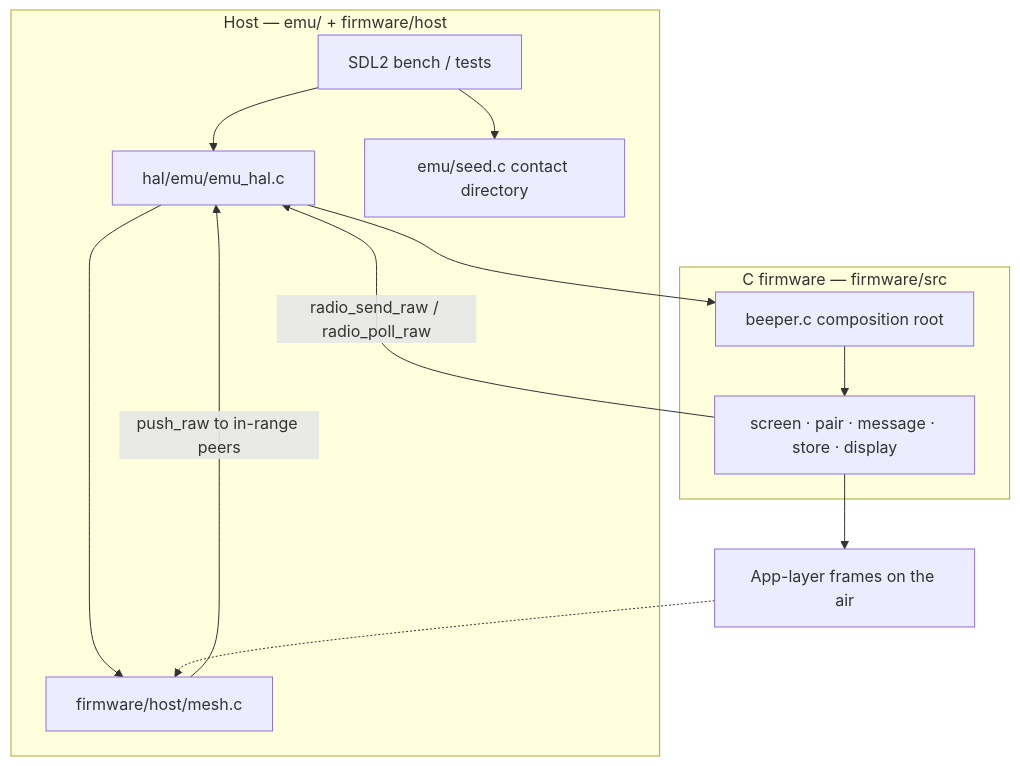
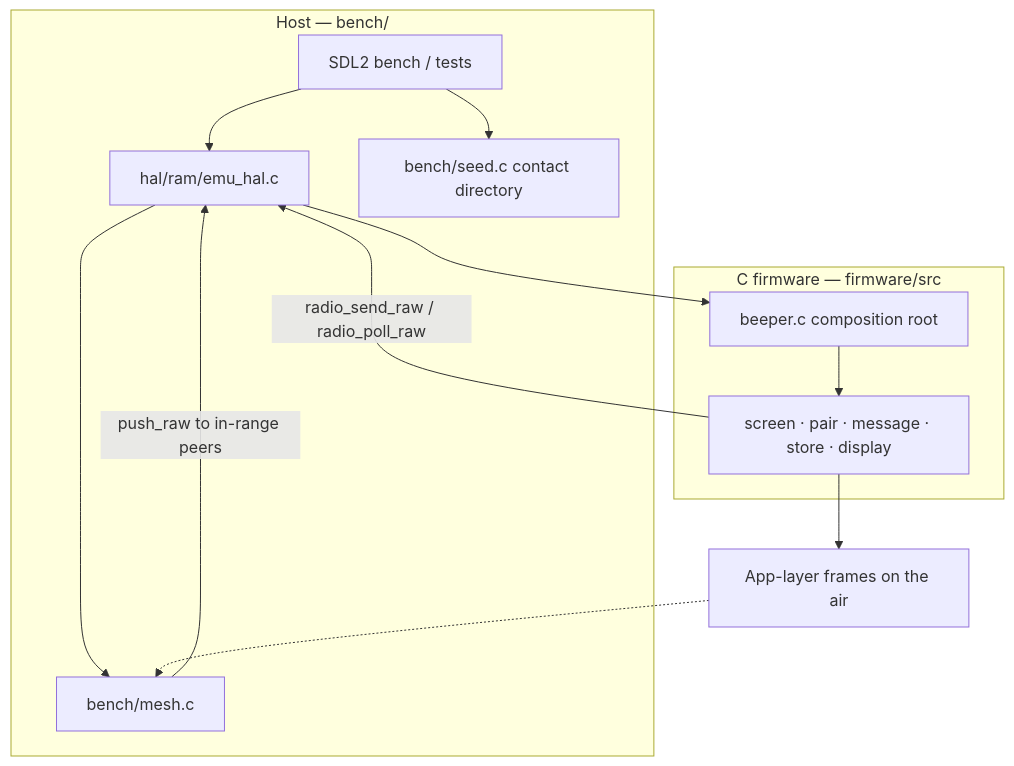
One commit to Oh-Low/peeple-beeper changed the diagram in docs/architecture.md. Above: the diagram before and after it, drawn with Mermaid. The commit also changed other lines of this file and 219 other files, not shown here.

````diff
--- a/docs/architecture.md
+++ b/docs/architecture.md
@@ -13,23 +13,23 @@
 ```mermaid
 flowchart TB
-  subgraph host ["Host — emu/ + firmware/host"]
+  subgraph host ["Host — bench/"]
     UI["SDL2 bench / tests"]
-    HALImpl["hal/emu/emu_hal.c"]
-    Air["firmware/host/mesh.c"]
-    Seed["emu/seed.c contact directory"]
+    HALImpl["hal/ram/emu_hal.c"]
+    Air["bench/mesh.c"]
+    Seed["bench/seed.c contact directory"]
   end
   subgraph fw ["C firmware — firmware/src"]
     Beeper["beeper.c composition root"]
     Apps["screen · pair · message · store · display"]
   end
   Frames["App-layer frames on the air"]
   UI --> HALImpl
   UI --> Seed
   HALImpl --> Beeper
   Beeper --> Apps
   Apps -->|"radio_send_raw / radio_poll_raw"| HALImpl
   HALImpl --> Air
   Air -->|"push_raw to in-range peers"| HALImpl
   Apps --> Frames
   Frames -.-> Air
 ```
````
